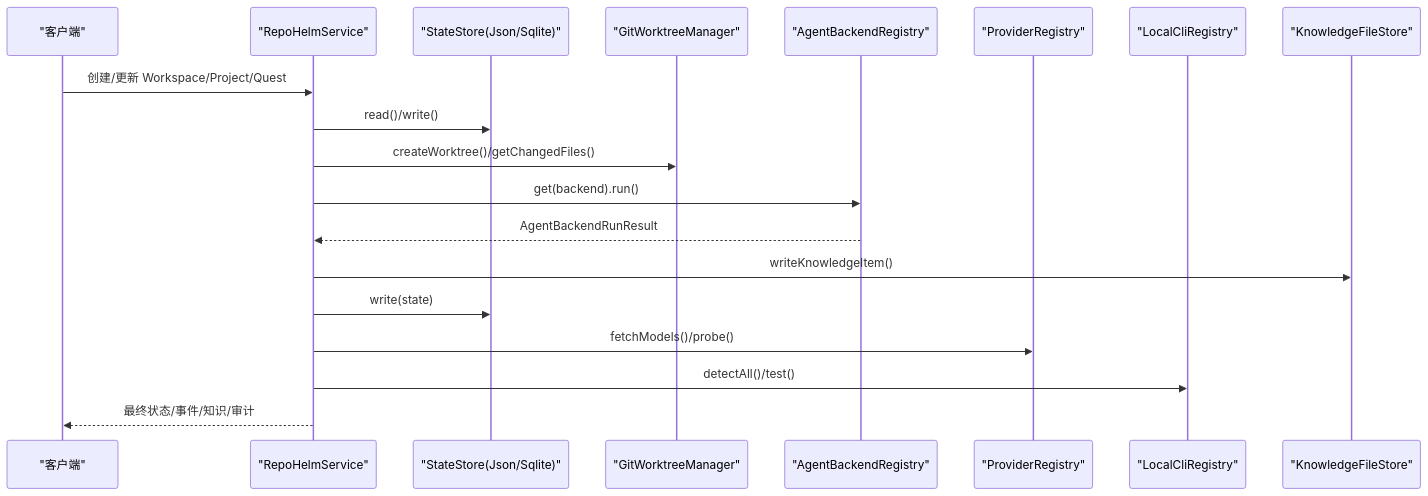
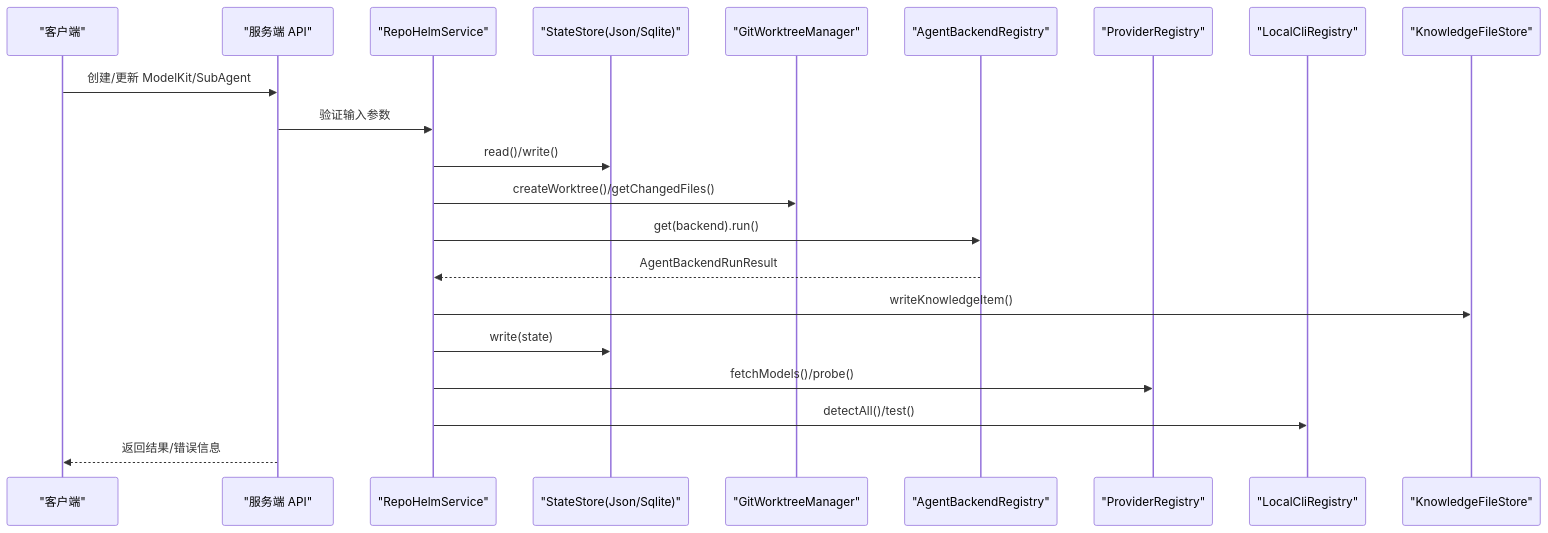
Before and after one commit to coconilu/RepoHelm: the second of 6 diagrams in .qoder/repowiki/zh/content/数据模型和类型系统/数据模型和类型系统.md, drawn with Mermaid. The commit also changed other lines of this file and 14 other files, not shown here.

First line of the commit message:
Add ModelKit and Sub-Agent features

````diff
--- a/.qoder/repowiki/zh/content/数据模型和类型系统/数据模型和类型系统.md
+++ b/.qoder/repowiki/zh/content/数据模型和类型系统/数据模型和类型系统.md
@@ -147,21 +178,23 @@
 ```mermaid
 sequenceDiagram
 participant Client as "客户端"
+participant API as "服务端 API"
 participant Service as "RepoHelmService"
 participant Store as "StateStore(Json/Sqlite)"
 participant Git as "GitWorktreeManager"
 participant Agent as "AgentBackendRegistry"
 participant Provider as "ProviderRegistry"
 participant CLI as "LocalCliRegistry"
 participant KB as "KnowledgeFileStore"
-Client->>Service : 创建/更新 Workspace/Project/Quest
+Client->>API : 创建/更新 ModelKit/SubAgent
+API->>Service : 验证输入参数
 Service->>Store : read()/write()
 Service->>Git : createWorktree()/getChangedFiles()
 Service->>Agent : get(backend).run()
 Agent-->>Service : AgentBackendRunResult
 Service->>KB : writeKnowledgeItem()
 Service->>Store : write(state)
 Service->>Provider : fetchModels()/probe()
 Service->>CLI : detectAll()/test()
-Service-->>Client : 最终状态/事件/知识/审计
+API-->>Client : 返回结果/错误信息
 ```
````
